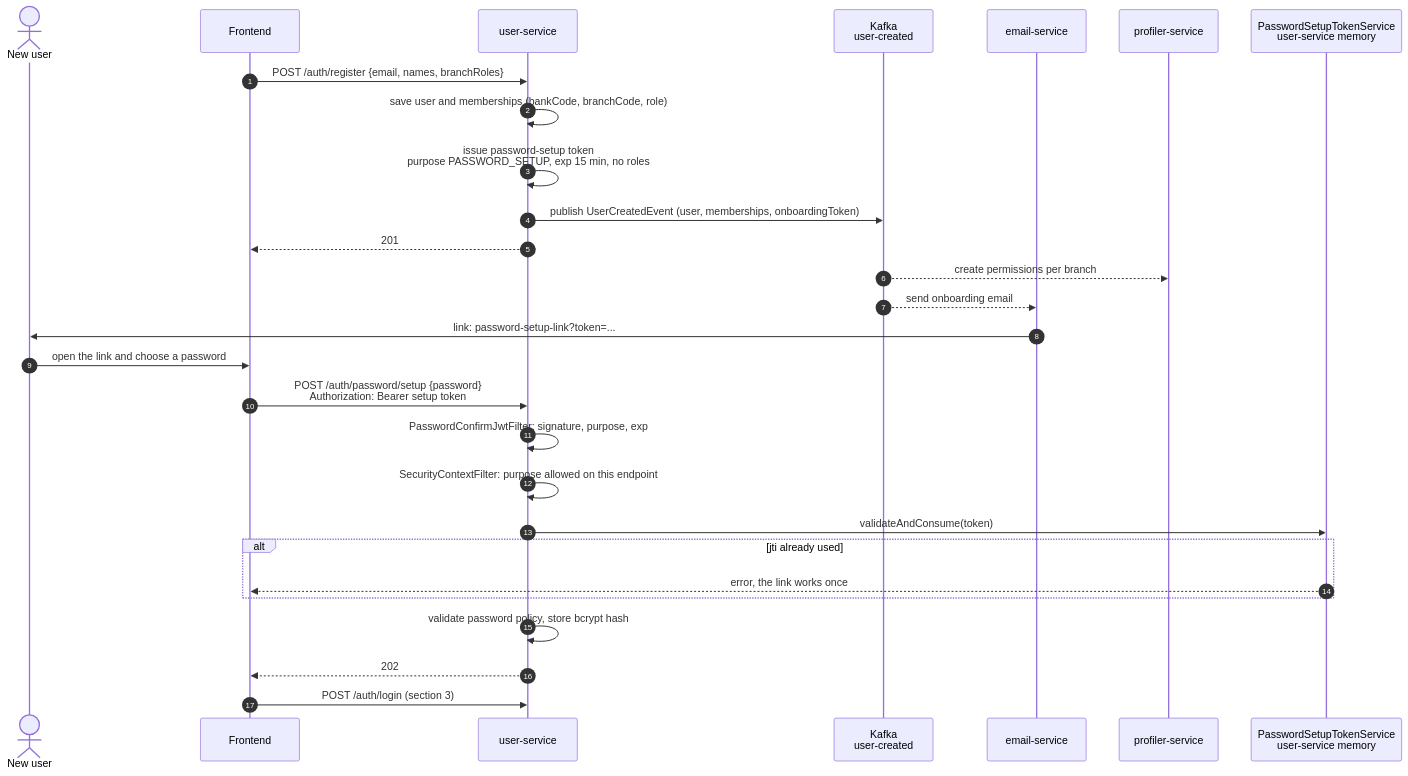
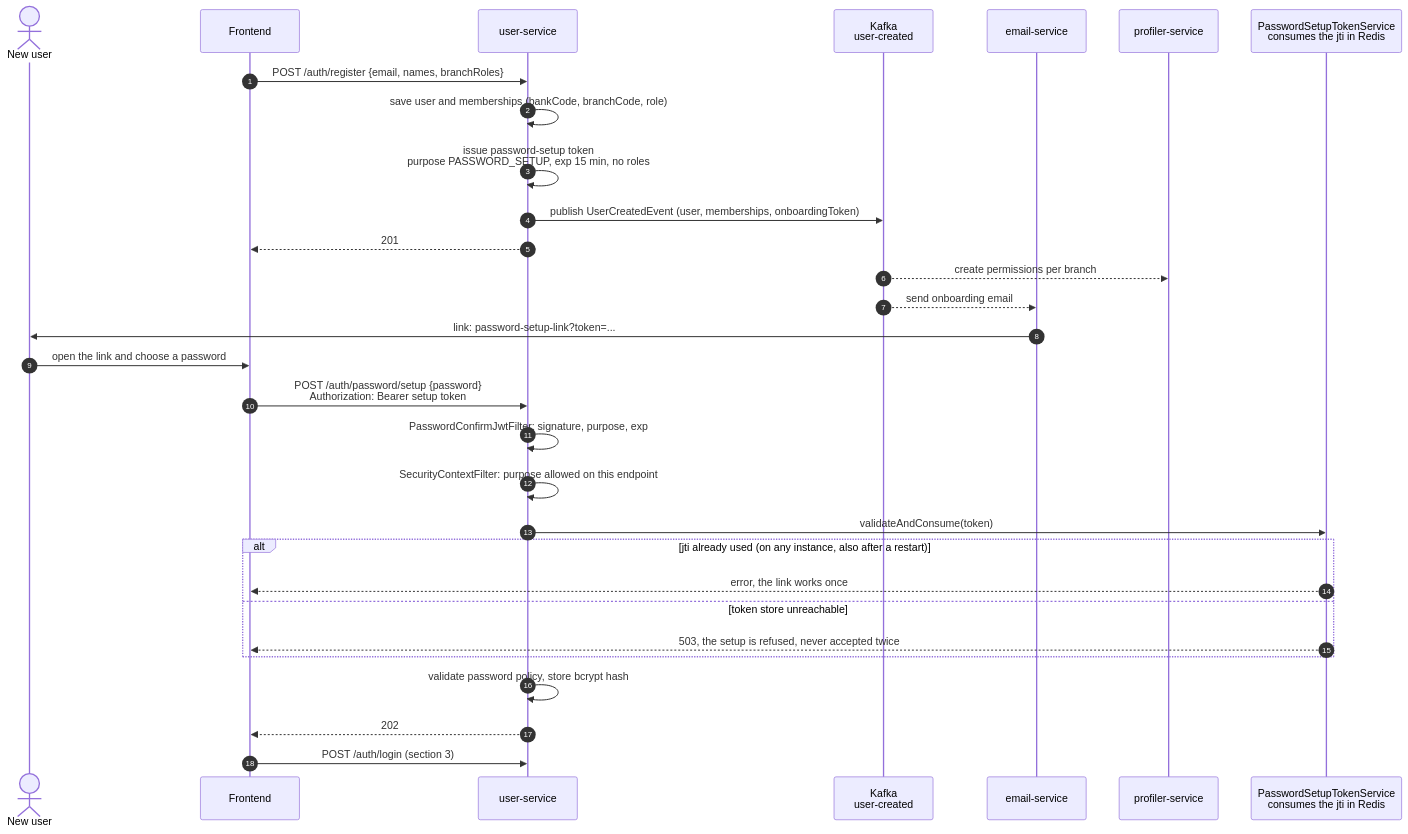
Before and after one commit to RaffSStein/Wealth-Management-Platform-BE: the fifth of 7 diagrams in docs/domain/process/security/jwt-authentication.md, drawn with Mermaid. The commit also changed other lines of this file and 3 other files, not shown here.

````diff
--- a/docs/domain/process/security/jwt-authentication.md
+++ b/docs/domain/process/security/jwt-authentication.md
@@ -211,31 +213,33 @@
 ```mermaid
 sequenceDiagram
     autonumber
     actor U as New user
     participant FE as Frontend
     participant US as user-service
     participant K as Kafka<br/>user-created
     participant ES as email-service
     participant PR as profiler-service
-    participant PS as PasswordSetupTokenService<br/>user-service memory
+    participant PS as PasswordSetupTokenService<br/>consumes the jti in Redis
 
     FE->>US: POST /auth/register {email, names, branchRoles}
     US->>US: save user and memberships (bankCode, branchCode, role)
     US->>US: issue password-setup token<br/>purpose PASSWORD_SETUP, exp 15 min, no roles
     US->>K: publish UserCreatedEvent (user, memberships, onboardingToken)
     US-->>FE: 201
     K-->>PR: create permissions per branch
     K-->>ES: send onboarding email
     ES->>U: link: password-setup-link?token=...
     U->>FE: open the link and choose a password
     FE->>US: POST /auth/password/setup {password}<br/>Authorization: Bearer setup token
     US->>US: PasswordConfirmJwtFilter: signature, purpose, exp
     US->>US: SecurityContextFilter: purpose allowed on this endpoint
     US->>PS: validateAndConsume(token)
-    alt jti already used
+    alt jti already used (on any instance, also after a restart)
         PS-->>FE: error, the link works once
+    else token store unreachable
+        PS-->>FE: 503, the setup is refused, never accepted twice
     end
     US->>US: validate password policy, store bcrypt hash
     US-->>FE: 202
     FE->>US: POST /auth/login (section 3)
 ```
````
